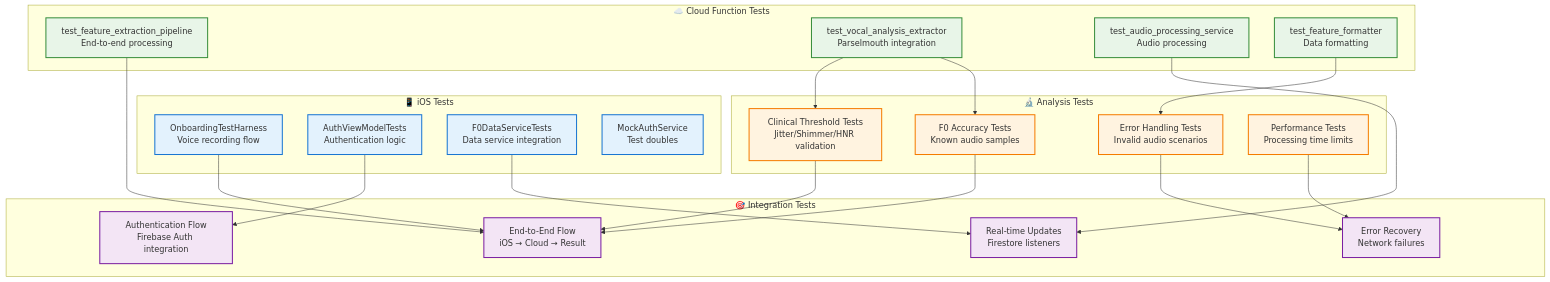
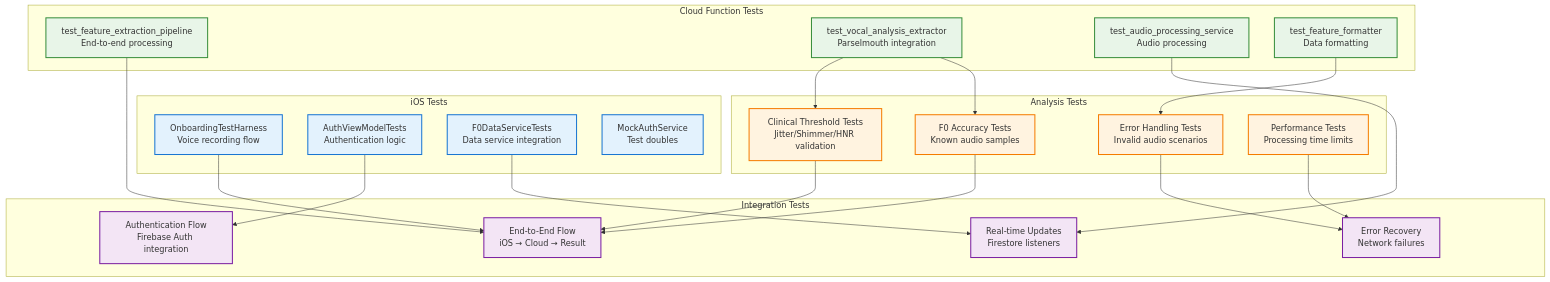
The ninth of 13 diagrams in ARCHITECTURE.md (PoisonIvory/sage), drawn with Mermaid before and after one commit. The commit also changed other lines of this file, not shown here.

Commit message:
Update ARCHITECTURE.md to accurately reflect current codebase implementation

````diff
--- a/ARCHITECTURE.md
+++ b/ARCHITECTURE.md
@@ -522,53 +545,53 @@
 ```mermaid
 graph TD
-    subgraph "📱 iOS Tests"
+    subgraph "iOS Tests"
         A1[OnboardingTestHarness<br/>Voice recording flow]
         A2[AuthViewModelTests<br/>Authentication logic]
         A3[F0DataServiceTests<br/>Data service integration]
         A4[MockAuthService<br/>Test doubles]
     end
     
-    subgraph "☁️ Cloud Function Tests"
+    subgraph "Cloud Function Tests"
         B1[test_feature_extraction_pipeline<br/>End-to-end processing]
         B2[test_vocal_analysis_extractor<br/>Parselmouth integration]
         B3[test_audio_processing_service<br/>Audio processing]
         B4[test_feature_formatter<br/>Data formatting]
     end
     
-    subgraph "🔬 Analysis Tests"
+    subgraph "Analysis Tests"
         C1[Clinical Threshold Tests<br/>Jitter/Shimmer/HNR validation]
         C2[F0 Accuracy Tests<br/>Known audio samples]
         C3[Error Handling Tests<br/>Invalid audio scenarios]
         C4[Performance Tests<br/>Processing time limits]
     end
     
-    subgraph "🎯 Integration Tests"
+    subgraph "Integration Tests"
         D1[End-to-End Flow<br/>iOS → Cloud → Result]
         D2[Real-time Updates<br/>Firestore listeners]
         D3[Authentication Flow<br/>Firebase Auth integration]
         D4[Error Recovery<br/>Network failures]
     end
     
     A1 --> D1
     A2 --> D3
     A3 --> D2
     B1 --> D1
     B2 --> C1
     B2 --> C2
     B3 --> D2
     B4 --> C3
     C1 --> D1
     C2 --> D1
     C3 --> D4
     C4 --> D4
     
     classDef ios fill:#e3f2fd,stroke:#1976d2,stroke-width:2px
     classDef cloud fill:#e8f5e8,stroke:#388e3c,stroke-width:2px
     classDef analysis fill:#fff3e0,stroke:#f57c00,stroke-width:2px
     classDef integration fill:#f3e5f5,stroke:#7b1fa2,stroke-width:2px
     
     class A1,A2,A3,A4 ios
     class B1,B2,B3,B4 cloud
     class C1,C2,C3,C4 analysis
     class D1,D2,D3,D4 integration
 ```
````
